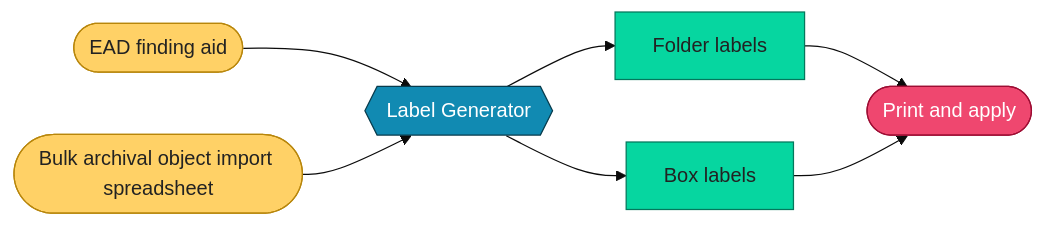
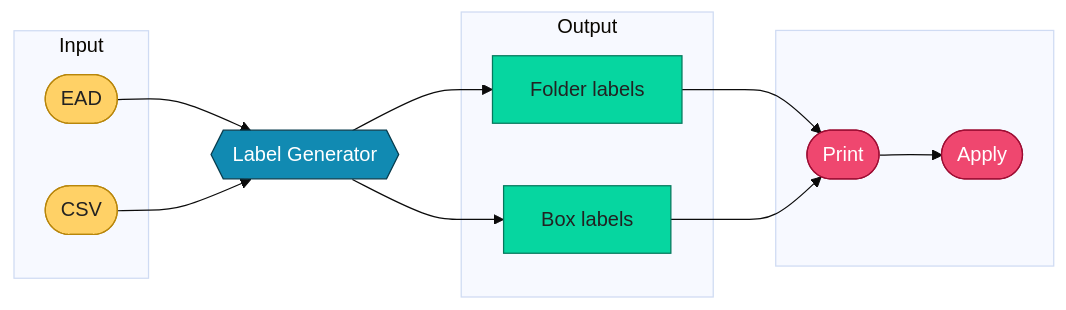
Before and after one commit to willnyarko/label-generator: the diagram in README.md, drawn with Mermaid (base theme).

Commit message:
Improve README diagram
Show input, output, and print and apply as separate steps.

````diff
--- a/README.md
+++ b/README.md
@@ -12,13 +12,24 @@
 ```mermaid
 flowchart LR
-    A([EAD finding aid]):::input --> G{{Label Generator}}:::tool
-    B([Bulk archival object import spreadsheet]):::input --> G
-    G --> F[Folder labels]:::out
-    G --> X[Box labels]:::out
-    F --> P([Print and apply]):::done
+    subgraph IN[Input]
+        A([EAD]):::input
+        B([CSV]):::input
+    end
+    subgraph OUT[Output]
+        F[Folder labels]:::out
+        X[Box labels]:::out
+    end
+    subgraph HANDS[" "]
+        P([Print]):::done --> Y([Apply]):::done
+    end
+    A --> G{{Label Generator}}:::tool
+    B --> G
+    G --> F
+    G --> X
+    F --> P
     X --> P
     classDef input fill:#ffd166,stroke:#b8860b,color:#222
     classDef tool fill:#118ab2,stroke:#073b4c,color:#fff
     classDef out fill:#06d6a0,stroke:#04785c,color:#222
     classDef done fill:#ef476f,stroke:#9d0d33,color:#fff
 ```
````
